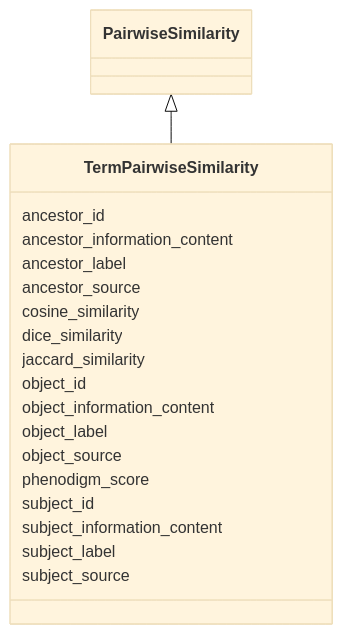
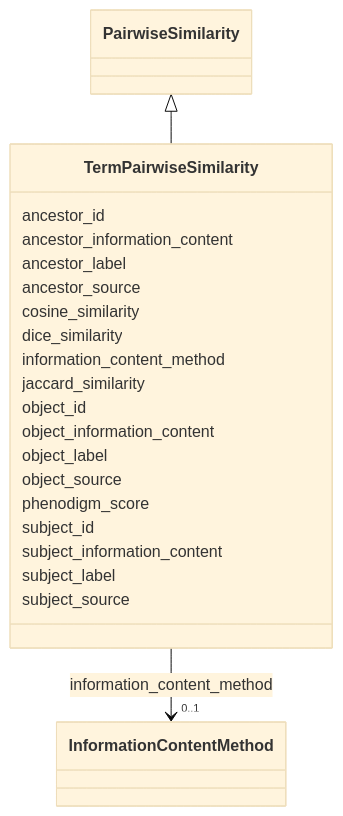
Before and after one commit to INCATools/ontology-access-kit: the diagram in docs/datamodels/similarity/TermPairwiseSimilarity.md, drawn with Mermaid (base theme). The commit also changed other lines of this file and 8 other files, not shown here.

First line of the commit message:
Add InformationContentMethod to the similarity datamodel

````diff
--- a/docs/datamodels/similarity/TermPairwiseSimilarity.md
+++ b/docs/datamodels/similarity/TermPairwiseSimilarity.md
@@ -19,41 +19,50 @@
 ```{mermaid}
  classDiagram
     class TermPairwiseSimilarity
     click TermPairwiseSimilarity href "../TermPairwiseSimilarity"
       PairwiseSimilarity <|-- TermPairwiseSimilarity
         click PairwiseSimilarity href "../PairwiseSimilarity"
       
       TermPairwiseSimilarity : ancestor_id
         
       TermPairwiseSimilarity : ancestor_information_content
         
       TermPairwiseSimilarity : ancestor_label
         
       TermPairwiseSimilarity : ancestor_source
         
       TermPairwiseSimilarity : cosine_similarity
         
       TermPairwiseSimilarity : dice_similarity
+        
+      TermPairwiseSimilarity : information_content_method
+        
+          
+    
+    
+    TermPairwiseSimilarity --> "0..1" InformationContentMethod : information_content_method
+    click InformationContentMethod href "../InformationContentMethod"
+
         
       TermPairwiseSimilarity : jaccard_similarity
         
       TermPairwiseSimilarity : object_id
         
       TermPairwiseSimilarity : object_information_content
         
       TermPairwiseSimilarity : object_label
         
       TermPairwiseSimilarity : object_source
         
       TermPairwiseSimilarity : phenodigm_score
         
       TermPairwiseSimilarity : subject_id
         
       TermPairwiseSimilarity : subject_information_content
         
       TermPairwiseSimilarity : subject_label
         
       TermPairwiseSimilarity : subject_source
         
       
 ```
````
